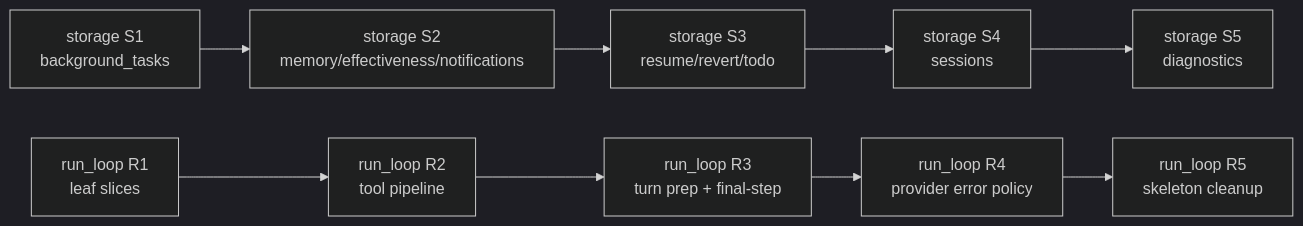
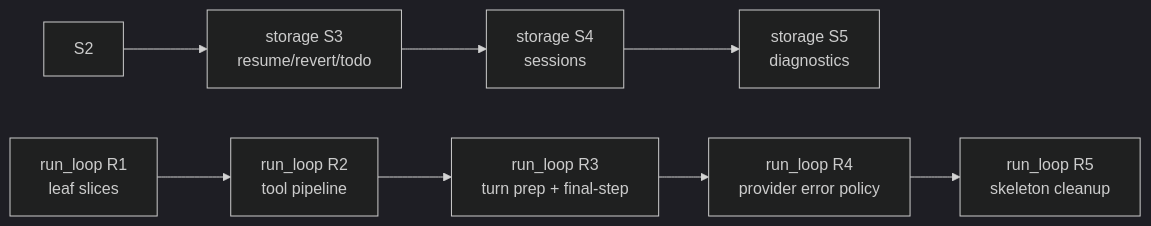
The diagram in docs/p2-monolith-decomposition-design.md (lei-jia-xing/voidcode), drawn with Mermaid (dark theme) before and after one commit. The commit also changed other lines of this file and 52 other files, not shown here.

````diff
--- a/docs/p2-monolith-decomposition-design.md
+++ b/docs/p2-monolith-decomposition-design.md
@@ -459,11 +448,10 @@
 ```mermaid
 flowchart LR
-    S1[storage S1<br/>background_tasks] --> S2[storage S2<br/>memory/effectiveness/notifications]
     S2 --> S3[storage S3<br/>resume/revert/todo]
     S3 --> S4[storage S4<br/>sessions]
     S4 --> S5[storage S5<br/>diagnostics]
     R1[run_loop R1<br/>leaf slices] --> R2[run_loop R2<br/>tool pipeline]
     R2 --> R3[run_loop R3<br/>turn prep + final-step]
     R3 --> R4[run_loop R4<br/>provider error policy]
     R4 --> R5[run_loop R5<br/>skeleton cleanup]
 ```
````
